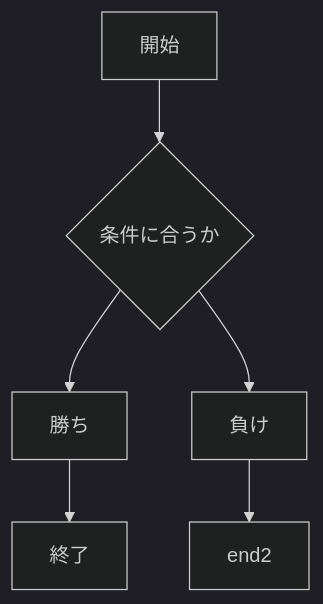
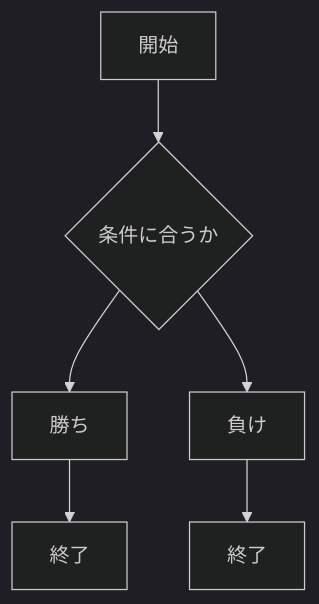
Before and after one commit to Nagatsumatoui/webpro_06: the third of 3 diagrams in README.md, drawn with Mermaid (dark theme). The commit also changed other lines of this file, not shown here.

````diff
--- a/README.md
+++ b/README.md
@@ -89,15 +95,15 @@
 ```mermaid
 flowchart TD;
 
 start["開始"];
 end1["終了"]
 if{"条件に合うか"}
 win["勝ち"]
 loose["負け"]
 
 start --> if
 if --> win
 win --> end1
 if --> loose
-loose --> end2
+loose --> 終了
 ```
````
